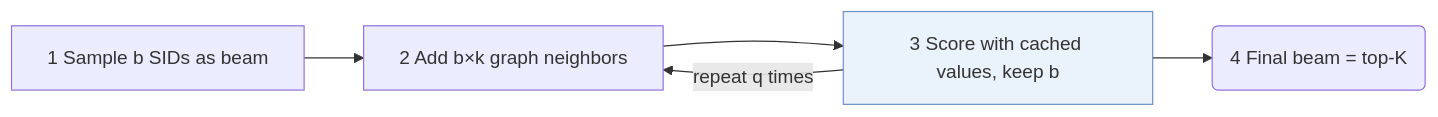
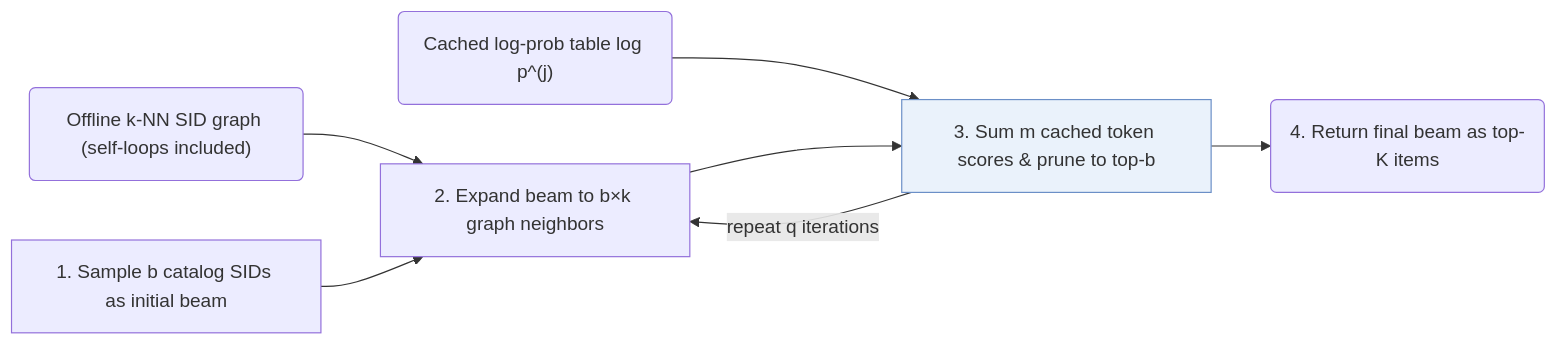
The third of 4 diagrams in pages/papers/rpg.md (Galaxy-ghost/Awesome-SID-Generative-Rec), drawn with Mermaid before and after one commit. The commit also changed other lines of this file and 649 other files, not shown here.

Commit message:
writer-05: also tags and modality index (schema, check, build, visuals); summary field removed; calibration data for 12 papers

````diff
--- a/pages/papers/rpg.md
+++ b/pages/papers/rpg.md
@@ -169,8 +181,10 @@
 ```mermaid
 flowchart LR
-    S1["1 Sample b SIDs as beam"] --> S2["2 Add b×k graph neighbors"]
-    S2 --> S3["3 Score with cached values, keep b"]:::key
-    S3 -->|repeat q times| S2
-    S3 --> S4("4 Final beam = top-K")
+    G("Offline k-NN SID graph (self-loops included)") --> S2
+    S1["1. Sample b catalog SIDs as initial beam"] --> S2["2. Expand beam to b×k graph neighbors"]
+    C("Cached log-prob table log p^(j)") --> S3["3. Sum m cached token scores & prune to top-b"]:::key
+    S2 --> S3
+    S3 -->|"repeat q iterations"| S2
+    S3 --> S4("4. Return final beam as top-K items")
     classDef key fill:#eaf2fb,stroke:#6b8fc7
 ```
````
